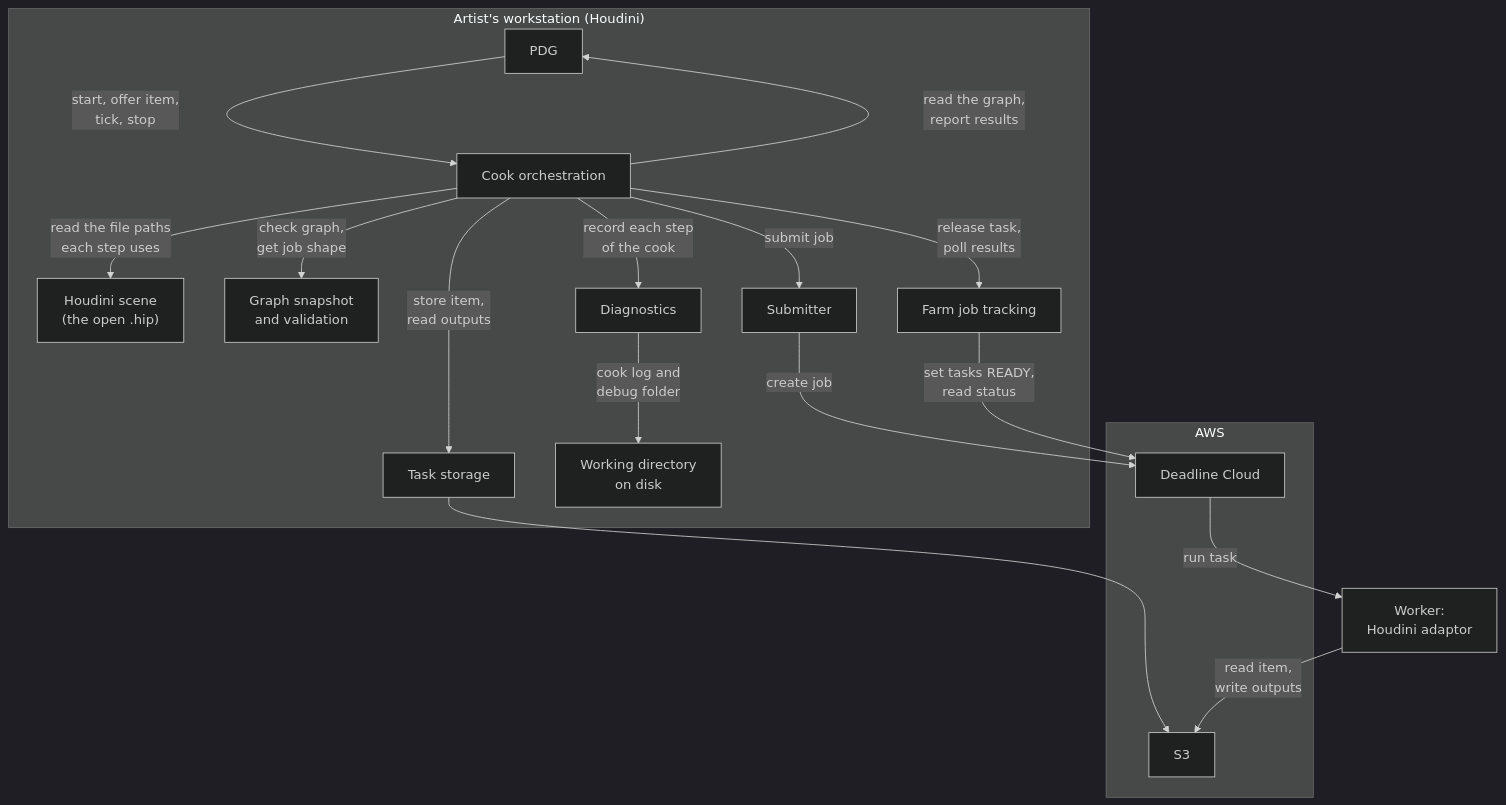
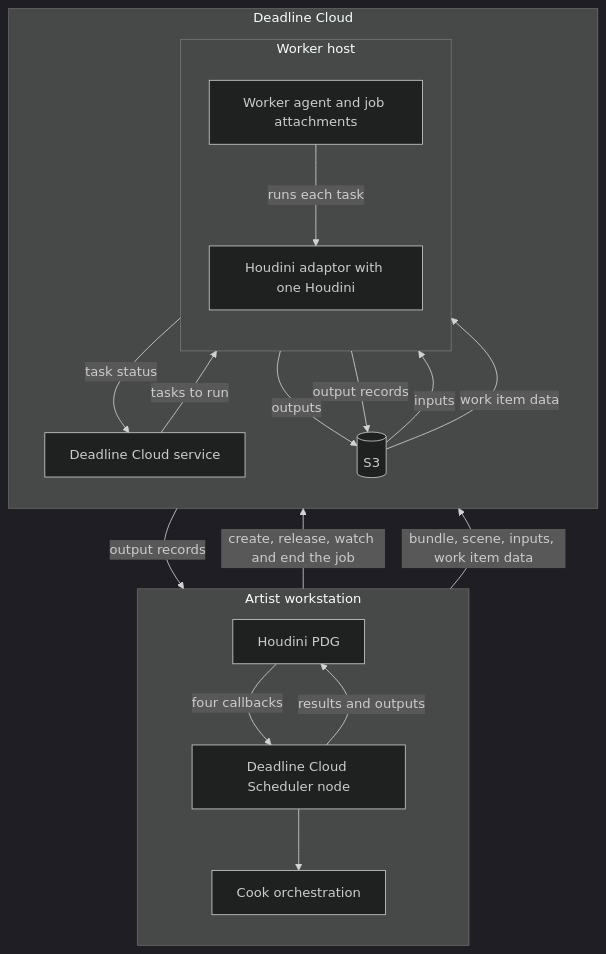
The first of 2 diagrams in specs/deadline/houdini_pdg/overview.md (aws-deadline/deadline-cloud-for-houdini), drawn with Mermaid (dark theme) before and after one commit. The commit also changed other lines of this file and 9 other files, not shown here.

First line of the commit message:
docs: Add component specs for the Houdini PDG scheduler (#444)

````diff
--- a/specs/deadline/houdini_pdg/overview.md
+++ b/specs/deadline/houdini_pdg/overview.md
@@ -37,33 +78,34 @@
 ```mermaid
 flowchart TB
-  subgraph WS["Artist's workstation (Houdini)"]
-    PDG["PDG"]
-    SCENE["Houdini scene<br/>(the open .hip)"]
-    ORCH["Cook orchestration"]
-    GRAPH["Graph snapshot<br/>and validation"]
-    SUB["Submitter"]
-    FARM["Farm job tracking"]
-    STORE["Task storage"]
-    DIAG["Diagnostics"]
-    DISK["Working directory<br/>on disk"]
-  end
-  subgraph AWS["AWS"]
-    DC["Deadline Cloud"]
-    S3["S3"]
-  end
-  WORKER["Worker:<br/>Houdini adaptor"]
-  PDG -->|"start, offer item,<br/>tick, stop"| ORCH
-  ORCH -->|"read the graph,<br/>report results"| PDG
-  ORCH -->|"read the file paths<br/>each step uses"| SCENE
-  ORCH -->|"check graph,<br/>get job shape"| GRAPH
-  ORCH -->|"submit job"| SUB
-  ORCH -->|"release task,<br/>poll results"| FARM
-  ORCH -->|"store item,<br/>read outputs"| STORE
-  ORCH -->|"record each step<br/>of the cook"| DIAG
-  SUB -->|"create job"| DC
-  FARM -->|"set tasks READY,<br/>read status"| DC
-  STORE --> S3
-  DIAG -->|"cook log and<br/>debug folder"| DISK
-  DC -->|"run task"| WORKER
-  WORKER -->|"read item,<br/>write outputs"| S3
+    subgraph WS["Artist workstation"]
+        direction TB
+        PDG["Houdini PDG"]
+        SCH["Deadline Cloud Scheduler node"]
+        COOK["Cook orchestration"]
+        PDG -- "four callbacks" --> SCH
+        SCH -- "results and outputs" --> PDG
+        SCH --> COOK
+    end
+
+    subgraph DC["Deadline Cloud"]
+        direction TB
+        SVC["Deadline Cloud service"]
+        S3[("S3")]
+        subgraph WH["Worker host"]
+            direction TB
+            AGENT["Worker agent and job attachments"]
+            ADP["Houdini adaptor with one Houdini"]
+            AGENT -- "runs each task" --> ADP
+        end
+    end
+
+    COOK -- "create, release, watch and end the job" --> SVC
+    COOK -- "bundle, scene, inputs, work item data" --> S3
+    S3 -- "output records" --> COOK
+    SVC -- "tasks to run" --> AGENT
+    AGENT -- "task status" --> SVC
+    S3 -- "inputs" --> AGENT
+    AGENT -- "outputs" --> S3
+    S3 -- "work item data" --> ADP
+    ADP -- "output records" --> S3
 ```
````
